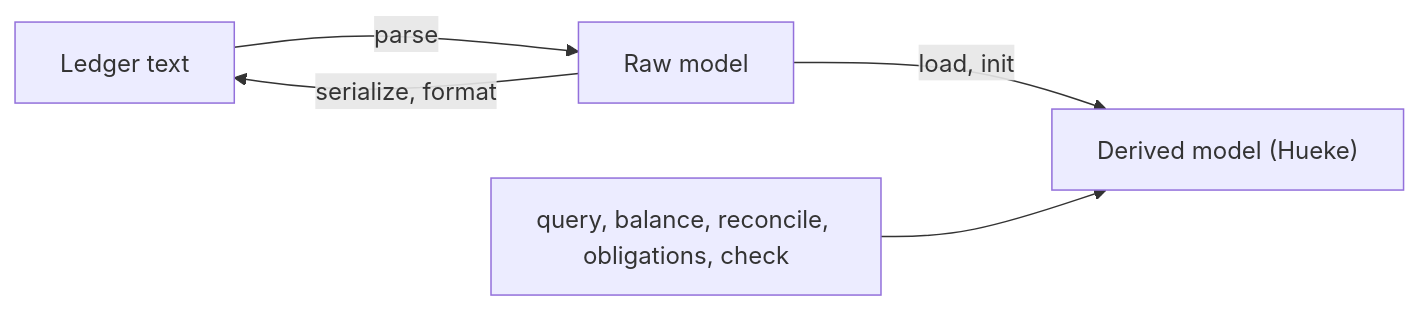
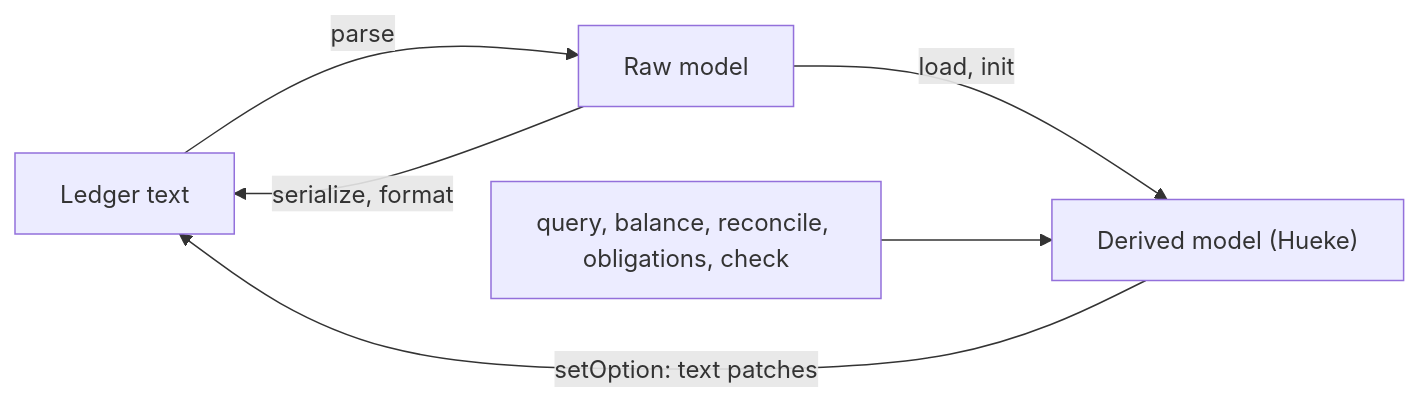
Before and after one commit to stellarator-studio/hueke: the first of 2 diagrams in docs/architecture.md, drawn with Mermaid. The commit also changed other lines of this file and 5 other files, not shown here.

First line of the commit message:
Specify changing a setting through text patches, bump to 0.0.3

````diff
--- a/docs/architecture.md
+++ b/docs/architecture.md
@@ -20,7 +20,8 @@
 ```mermaid
 flowchart LR
     text[Ledger text] -- parse --> raw[Raw model]
     raw -- "load, init" --> derived["Derived model (Hueke)"]
     raw -- "serialize, format" --> text
+    derived -- "setOption: text patches" --> text
     api["query, balance, reconcile, obligations, check"] --> derived
 ```
````
